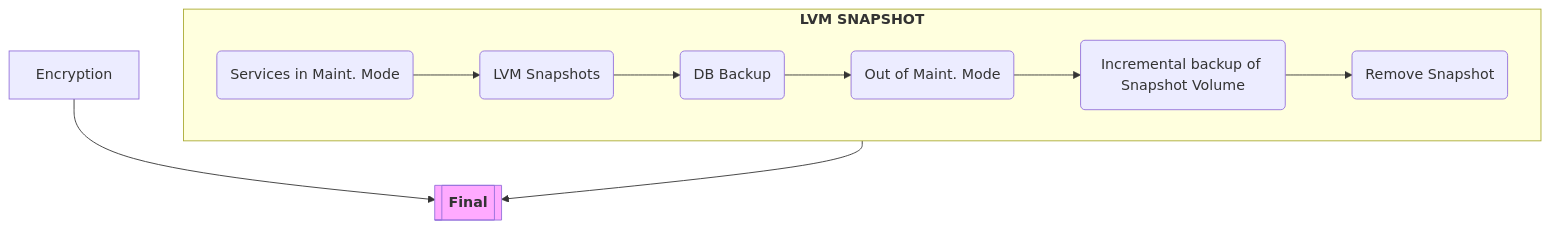
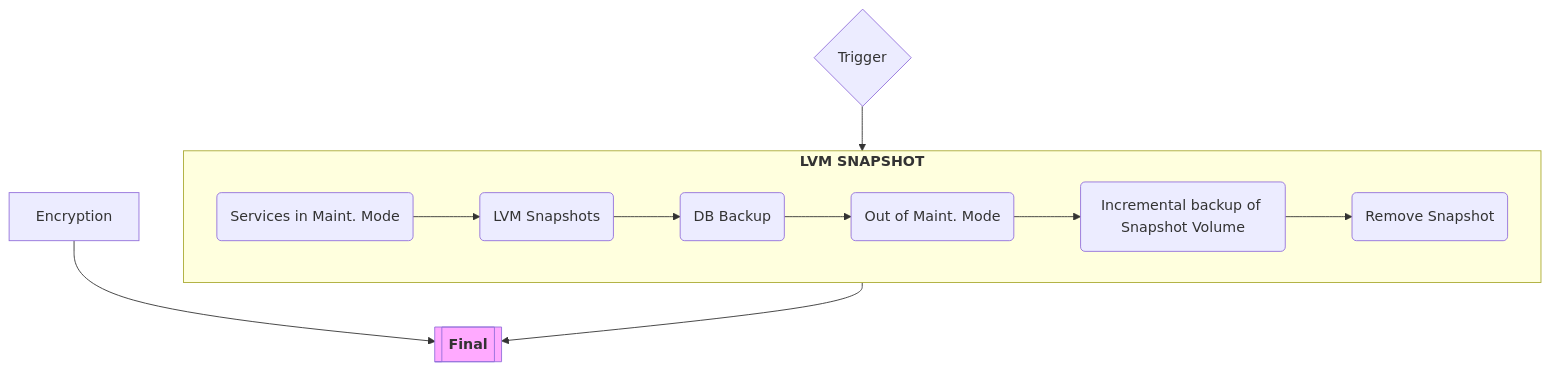
The sixth of 6 diagrams in notes/plan.md (clintwebb/bakker), drawn with Mermaid before and after one commit. The commit also changed other lines of this file and 1 other file, not shown here.

````diff
--- a/notes/plan.md
+++ b/notes/plan.md
@@ -132,28 +131,28 @@
 ```mermaid
 flowchart TD;
     %% To mark an item as completed (afa=green, faf=purple, aaf=blue)
     %% style EXAMPLE fill:#afa
 
     %% To provide a link
     %% A[<a href='https://google.com'>works</a>]
     %%--------------
 
     %% Completed (#afa)
 
     %% Active (#aaf)
 
     subgraph LVM_SNAPSHOT["`**LVM SNAPSHOT**`"]
         FUNC_MAINT(Services in Maint. Mode) -->
         FUNC_LVM_SNAP(LVM Snapshots) -->
         FUNC_DB_BAK(DB Backup) -->
         FUNC_UNMAINT(Out of Maint. Mode) -->
         FUNC_LVM_BAK(Incremental backup of Snapshot Volume) -->
         FUNC_UN_SNAP(Remove Snapshot)
     end
-    LVM_SNAPSHOT --> TARGET
+    FEAT_TRIGGER{Trigger} --> LVM_SNAPSHOT --> TARGET
 
     FEAT_ENCRYPT[Encryption] --> TARGET
 
     TARGET[["`**Final**`"]]
     style TARGET fill:#faf
 ```
````
